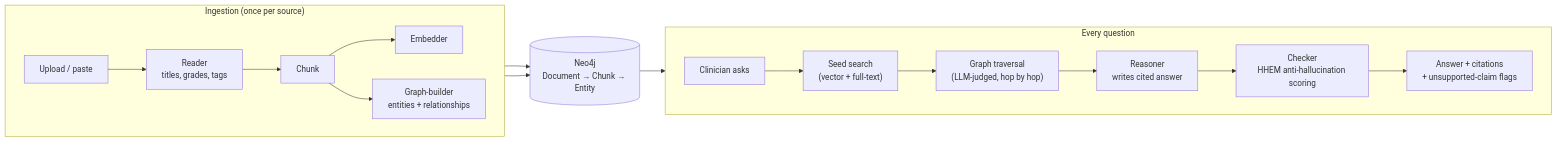
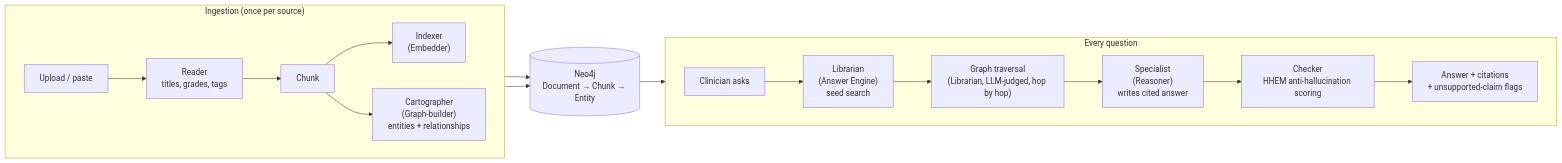
Before and after one commit to alvianzf/AE3: the diagram in README.md, drawn with Mermaid. The commit also changed other lines of this file and 2 other files, not shown here.

First line of the commit message:
Name the AI-team roles (Reader, Indexer, Librarian, Specialist, Cartographer, Checker) and rebuild the big-picture diagram with routed connectors

````diff
--- a/README.md
+++ b/README.md
@@ -85,15 +85,15 @@
 ```mermaid
 flowchart LR
     subgraph ingest["Ingestion (once per source)"]
         direction LR
-        U["Upload / paste"] --> R["Reader\ntitles, grades, tags"] --> C["Chunk"] --> E["Embedder"] & G["Graph-builder\nentities + relationships"]
+        U["Upload / paste"] --> R["Reader\ntitles, grades, tags"] --> C["Chunk"] --> E["Indexer\n(Embedder)"] & G["Cartographer\n(Graph-builder)\nentities + relationships"]
     end
     E --> N[("Neo4j\nDocument → Chunk → Entity")]
     G --> N
 
     subgraph answer["Every question"]
         direction LR
-        Q["Clinician asks"] --> S["Seed search\n(vector + full-text)"] --> T["Graph traversal\n(LLM-judged, hop by hop)"] --> W["Reasoner\nwrites cited answer"] --> H["Checker\nHHEM anti-hallucination scoring"] --> A["Answer + citations\n+ unsupported-claim flags"]
+        Q["Clinician asks"] --> S["Librarian\n(Answer Engine)\nseed search"] --> T["Graph traversal\n(Librarian, LLM-judged, hop by hop)"] --> W["Specialist\n(Reasoner)\nwrites cited answer"] --> H["Checker\nHHEM anti-hallucination scoring"] --> A["Answer + citations\n+ unsupported-claim flags"]
     end
     N --> S
 ```
````
